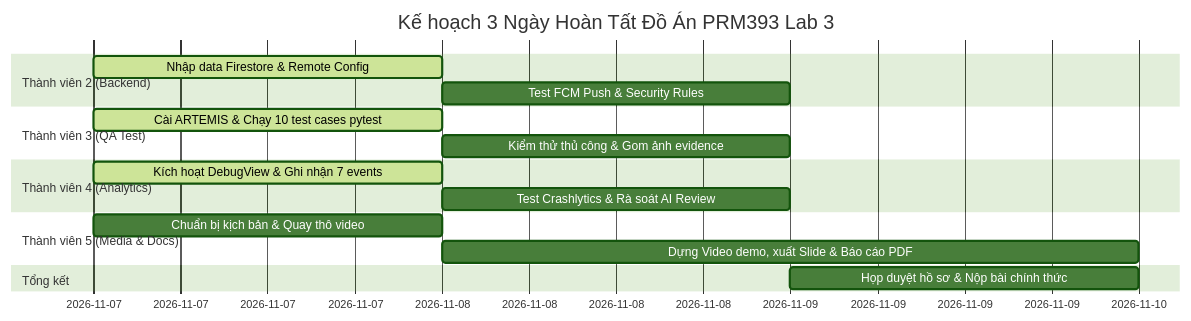
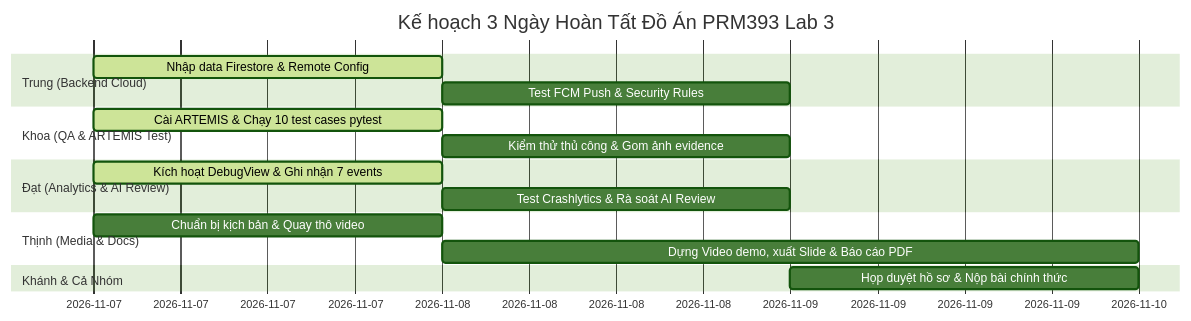
The diagram in task.md (lqkhanh295/PRM393_Lab03_SE193989), drawn with Mermaid (forest theme) before and after one commit. The commit also changed other lines of this file, not shown here.

````diff
--- a/task.md
+++ b/task.md
@@ -265,19 +265,19 @@
 ```mermaid
 gantt
     title Kế hoạch 3 Ngày Hoàn Tất Đồ Án PRM393 Lab 3
     dateFormat  YYYY-MM-DD
-    section Thành viên 2 (Backend)
+    section Trung (Backend Cloud)
     Nhập data Firestore & Remote Config :active, 2026-11-07, 1d
     Test FCM Push & Security Rules : 2026-11-08, 1d
-    section Thành viên 3 (QA Test)
+    section Khoa (QA & ARTEMIS Test)
     Cài ARTEMIS & Chạy 10 test cases pytest :active, 2026-11-07, 1d
     Kiểm thử thủ công & Gom ảnh evidence : 2026-11-08, 1d
-    section Thành viên 4 (Analytics)
+    section Đạt (Analytics & AI Review)
     Kích hoạt DebugView & Ghi nhận 7 events :active, 2026-11-07, 1d
     Test Crashlytics & Rà soát AI Review : 2026-11-08, 1d
-    section Thành viên 5 (Media & Docs)
+    section Thịnh (Media & Docs)
     Chuẩn bị kịch bản & Quay thô video : 2026-11-07, 1d
     Dựng Video demo, xuất Slide & Báo cáo PDF : 2026-11-08, 2d
-    section Tổng kết
+    section Khánh & Cả Nhóm
     Họp duyệt hồ sơ & Nộp bài chính thức : 2026-11-09, 1d
 ```
````
